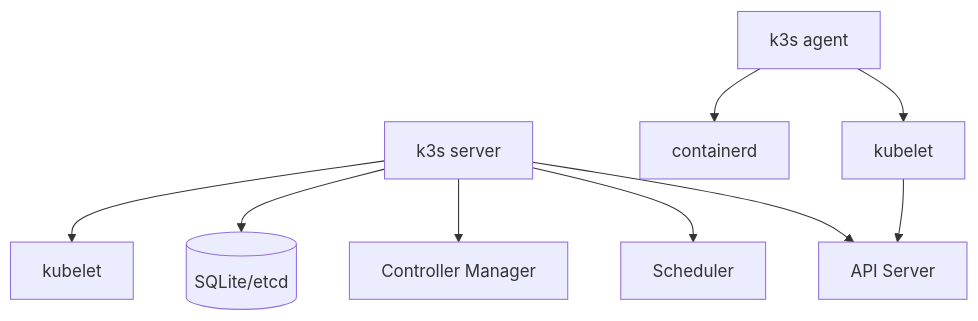
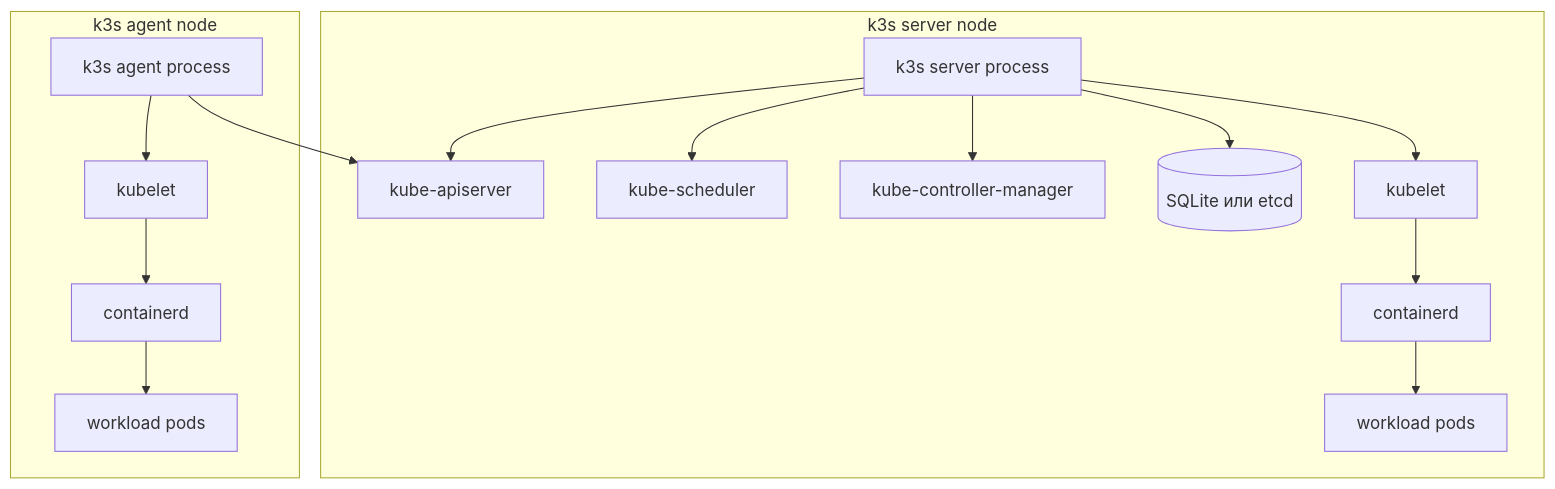
Before and after one commit to VictorRoshchin/Proxmox-k3s-cluster: the first of 5 diagrams in docs/k3s/architecture.md, drawn with Mermaid. The commit also changed other lines of this file and 9 other files, not shown here.

````diff
--- a/docs/k3s/architecture.md
+++ b/docs/k3s/architecture.md
@@ -51,11 +125,33 @@
 ```mermaid
 flowchart TD
-    S[k3s server] --> API[API Server]
-    S --> SCH[Scheduler]
-    S --> CM[Controller Manager]
-    S --> DB[(SQLite/etcd)]
-    S --> KL1[kubelet]
-    A[k3s agent] --> KL2[kubelet]
-    A --> CR[containerd]
-    KL2 --> API
+    subgraph ServerNode[k3s server node]
+        K3SS[k3s server process]
+        API[kube-apiserver]
+        SCH[kube-scheduler]
+        CM[kube-controller-manager]
+        DS[(SQLite или etcd)]
+        KL1[kubelet]
+        CT1[containerd]
+        Pods1[workload pods]
+    end
+
+    subgraph AgentNode[k3s agent node]
+        K3SA[k3s agent process]
+        KL2[kubelet]
+        CT2[containerd]
+        Pods2[workload pods]
+    end
+
+    K3SS --> API
+    K3SS --> SCH
+    K3SS --> CM
+    K3SS --> DS
+    K3SS --> KL1
+    KL1 --> CT1
+    CT1 --> Pods1
+
+    K3SA --> KL2
+    KL2 --> CT2
+    CT2 --> Pods2
+    K3SA --> API
 ```
````
